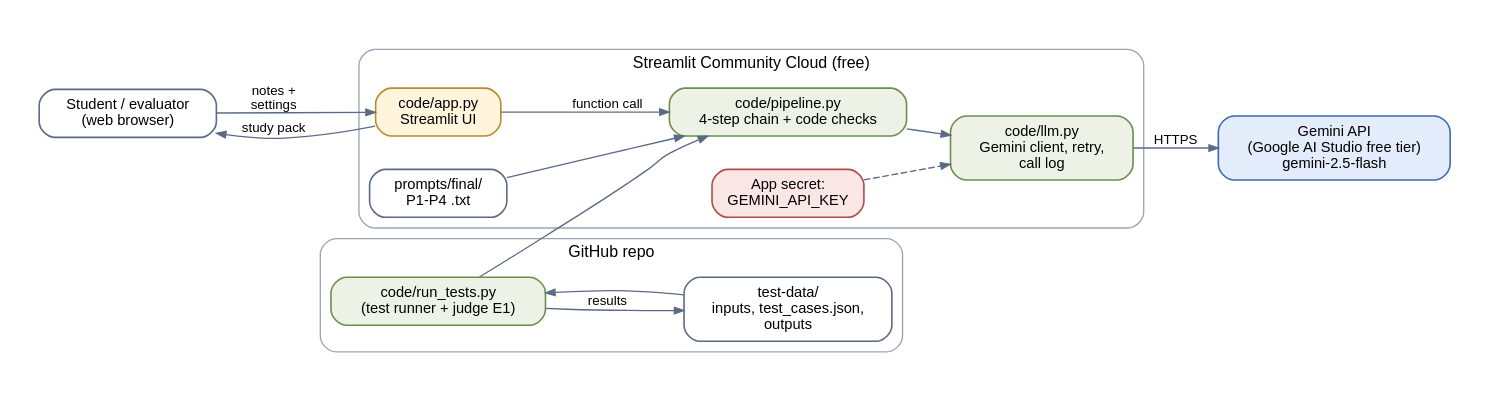
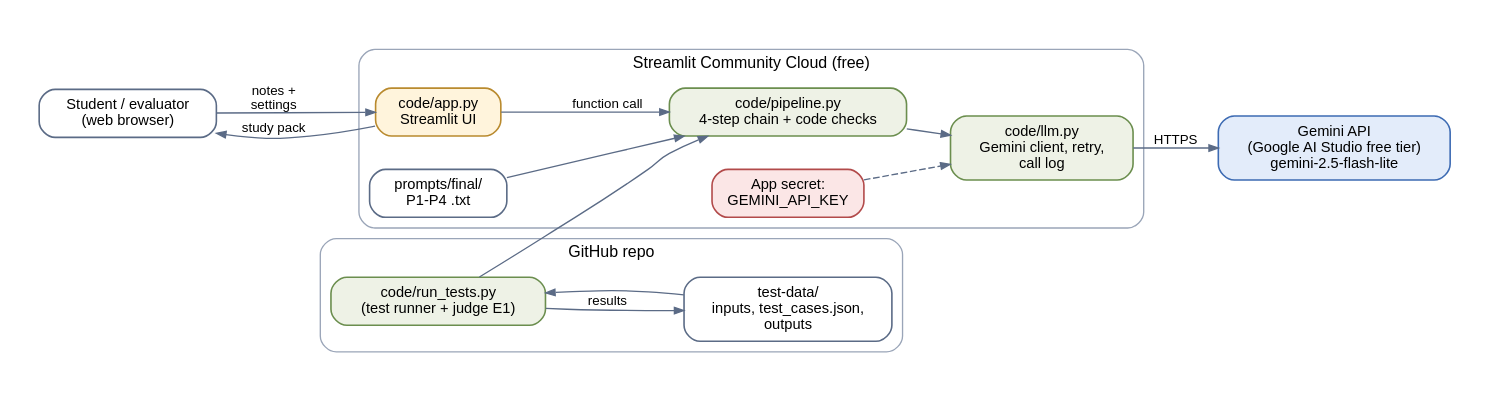
One commit to Rehan123-bash/StudyPack changed the diagram in docs/diagrams/4_system_architecture.dot. Above: the diagram before and after it, drawn with Graphviz. The commit also changed 45 other files, not shown here.

First line of the commit message:
Switch to gemini-2.5-flash-lite after gemini-2.5-flash daily free quota ran out; add backup key; remove failed-run outputs

```diff
--- a/docs/diagrams/4_system_architecture.dot
+++ b/docs/diagrams/4_system_architecture.dot
@@ -1,20 +1,20 @@
 digraph G {
   rankdir=LR;
   graph [fontname="Helvetica", fontsize=12, bgcolor="white", pad=0.3, nodesep=0.35, ranksep=0.45];
   node  [fontname="Helvetica", fontsize=11, shape=box, style="rounded,filled", fillcolor="#F4F6FA", color="#5B6B86", penwidth=1.2, margin="0.18,0.08"];
   edge  [fontname="Helvetica", fontsize=10, color="#5B6B86", arrowsize=0.7];
   user [label="Student / evaluator\n(web browser)", shape=box, fillcolor="#FFFFFF"];
   subgraph cluster_cloud { label="Streamlit Community Cloud (free)"; style="rounded"; color="#9AA5B8";
     app  [label="code/app.py\nStreamlit UI", fillcolor="#FFF4DC", color="#B98A2E"];
     pipe [label="code/pipeline.py\n4-step chain + code checks", fillcolor="#EEF2E6", color="#6B8E4E"];
     llm  [label="code/llm.py\nGemini client, retry,\ncall log", fillcolor="#EEF2E6", color="#6B8E4E"];
     pr   [label="prompts/final/\nP1-P4 .txt", fillcolor="#FFFFFF"];
     sec  [label="App secret:\nGEMINI_API_KEY", fillcolor="#FBE6E6", color="#B24A4A"]; }
-  gem [label="Gemini API\n(Google AI Studio free tier)\ngemini-2.5-flash", fillcolor="#E3ECFA", color="#3D6BB3"];
+  gem [label="Gemini API\n(Google AI Studio free tier)\ngemini-2.5-flash-lite", fillcolor="#E3ECFA", color="#3D6BB3"];
   subgraph cluster_repo { label="GitHub repo"; style="rounded"; color="#9AA5B8";
     tr  [label="code/run_tests.py\n(test runner + judge E1)", fillcolor="#EEF2E6", color="#6B8E4E"];
     td  [label="test-data/\ninputs, test_cases.json,\noutputs", fillcolor="#FFFFFF"]; }
   user -> app [label="notes +\nsettings"]; app -> user [label="study pack"];
   app -> pipe [label="function call"]; pipe -> llm; llm -> gem [label="HTTPS"]; pr -> pipe; sec -> llm [style=dashed];
   tr -> pipe; td -> tr; tr -> td [label="results"];
 }
```
